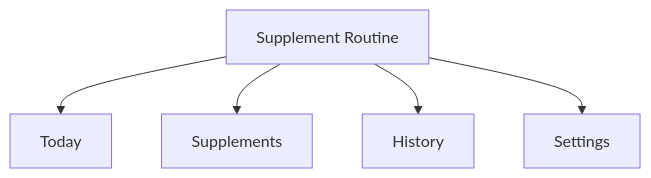
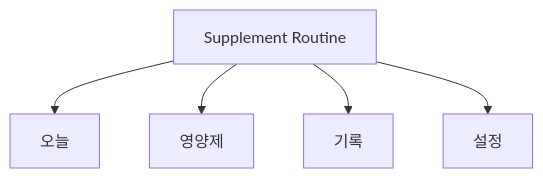
One commit to Jiyeong-kor/supplement_routine changed the first of 2 diagrams in docs/information_architecture.md. Above: the diagram before and after it, drawn with Mermaid. The commit also changed other lines of this file and 17 other files, not shown here.

````diff
--- a/docs/information_architecture.md
+++ b/docs/information_architecture.md
@@ -9,7 +9,7 @@
 ```mermaid
 flowchart TD
-    A["Supplement Routine"] --> B["Today"]
-    A --> C["Supplements"]
-    A --> D["History"]
-    A --> E["Settings"]
+    A["Supplement Routine"] --> B["오늘"]
+    A --> C["영양제"]
+    A --> D["기록"]
+    A --> E["설정"]
 ```
````
